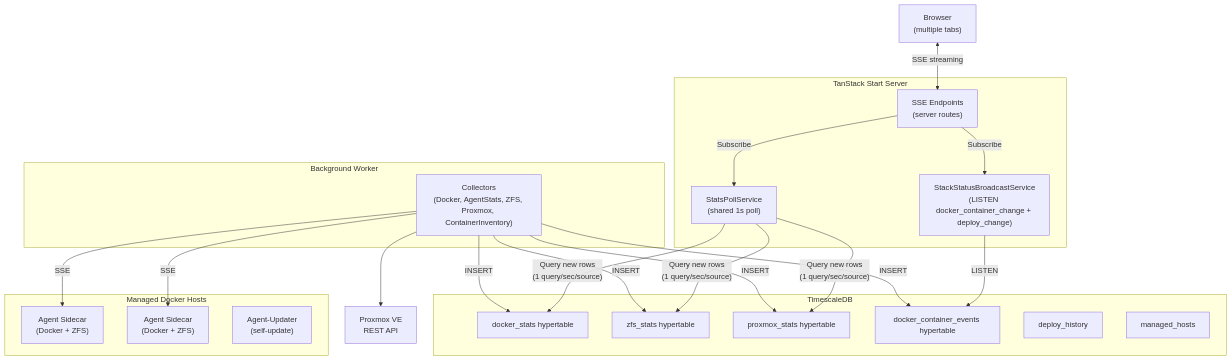
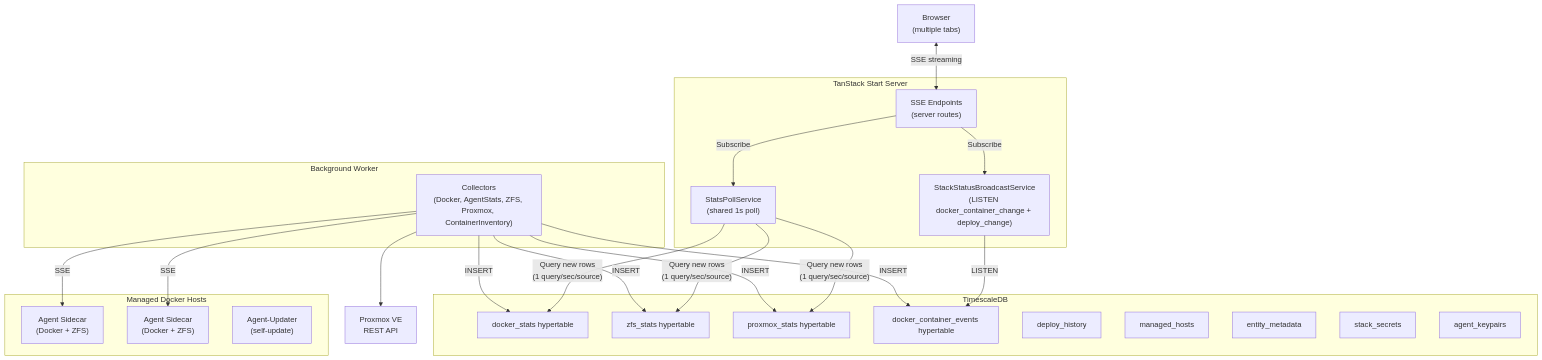
One commit to jaredglaser/homelab-manager changed the first of 5 diagrams in docs/architecture.md. Above: the diagram before and after it, drawn with Mermaid. The commit also changed other lines of this file and 7 other files, not shown here.

````diff
--- a/docs/architecture.md
+++ b/docs/architecture.md
@@ -5,46 +5,49 @@
 ```mermaid
 graph TD
     Browser["Browser<br/>(multiple tabs)"]
 
     subgraph TanStack_Start["TanStack Start Server"]
         SSE["SSE Endpoints<br/>(server routes)"]
         PollSvc["StatsPollService<br/>(shared 1s poll)"]
         StackBroadcast["StackStatusBroadcastService<br/>(LISTEN docker_container_change + deploy_change)"]
     end
 
     subgraph Database["TimescaleDB"]
         DockerTable["docker_stats hypertable"]
         ZFSTable["zfs_stats hypertable"]
         ProxmoxTable["proxmox_stats hypertable"]
         ContainerEvents["docker_container_events hypertable"]
         DeployHistory["deploy_history"]
         ManagedHosts["managed_hosts"]
+        EntityMetadata["entity_metadata"]
+        StackSecrets["stack_secrets"]
+        AgentKeypairs["agent_keypairs"]
     end
 
     subgraph Worker["Background Worker"]
         Collectors["Collectors<br/>(Docker, AgentStats, ZFS, Proxmox, ContainerInventory)"]
     end
 
     subgraph Hosts["Managed Docker Hosts"]
         Agent1["Agent Sidecar<br/>(Docker + ZFS)"]
         Agent2["Agent Sidecar<br/>(Docker + ZFS)"]
         Updater["Agent-Updater<br/>(self-update)"]
     end
 
     ProxmoxHost["Proxmox VE<br/>REST API"]
 
     Browser <-->|"SSE streaming"| SSE
     SSE -->|"Subscribe"| PollSvc
     SSE -->|"Subscribe"| StackBroadcast
     PollSvc -->|"Query new rows<br/>(1 query/sec/source)"| DockerTable
     PollSvc -->|"Query new rows<br/>(1 query/sec/source)"| ZFSTable
     PollSvc -->|"Query new rows<br/>(1 query/sec/source)"| ProxmoxTable
     StackBroadcast -->|"LISTEN"| ContainerEvents
     Collectors -->|"INSERT"| DockerTable
     Collectors -->|"INSERT"| ZFSTable
     Collectors -->|"INSERT"| ProxmoxTable
     Collectors -->|"INSERT"| ContainerEvents
     Collectors -->|"SSE"| Agent1
     Collectors -->|"SSE"| Agent2
     Collectors --> ProxmoxHost
 ```
````
